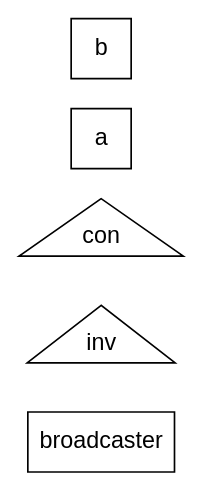
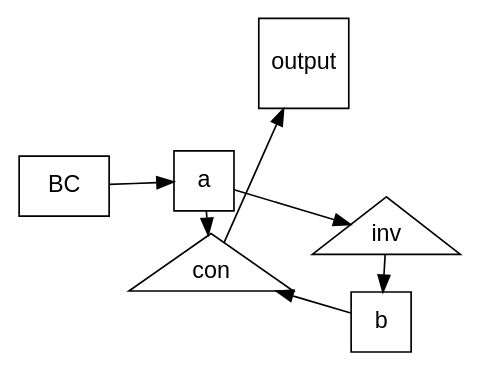
One commit to phubbard/AoC2023 changed the diagram in b20-gv-sample.dot. Above: the diagram before and after it, drawn with Graphviz. The commit also changed 2 other files, not shown here.

```diff
--- a/b20-gv-sample.dot
+++ b/b20-gv-sample.dot
@@ -1,9 +1,16 @@
 digraph finite_state_machine {
+    graph [layout=fdp];
     fontname="Helvetica,Arial,sans-serif"
     node [fontname="Helvetica,Arial,sans-serif"]
     edge [fontname="Helvetica,Arial,sans-serif"]
     rankdir=LR;
-    node [shape = rectangle]; "broadcaster";
+    node [shape = rectangle]; "BC";
     node [shape = triangle]; inv con;
     node [shape = square]; a b;
+    "BC" -> a;
+    inv -> b ;
+    con -> output ;
+    a -> inv ;
+    a -> con ;
+    b -> con ;
 }
```
